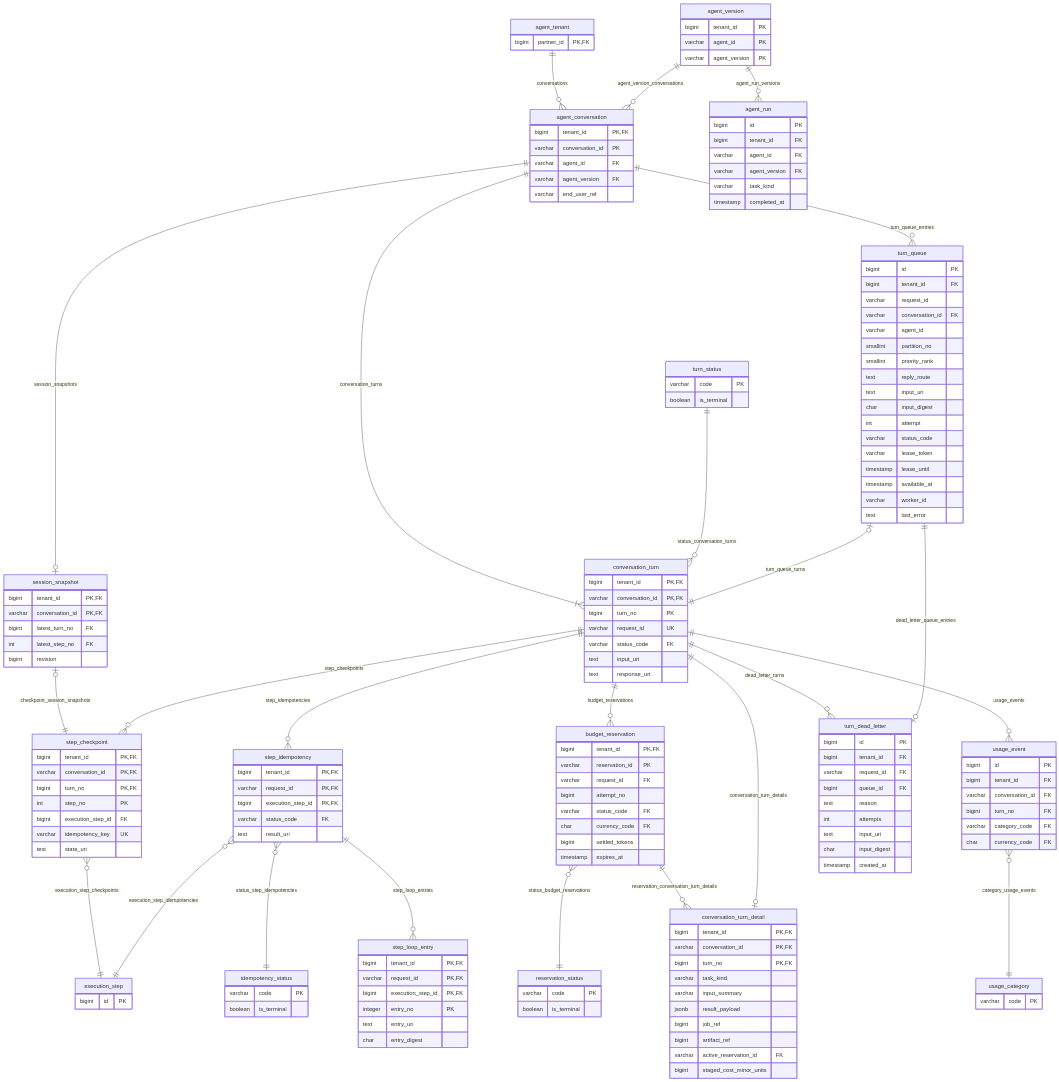
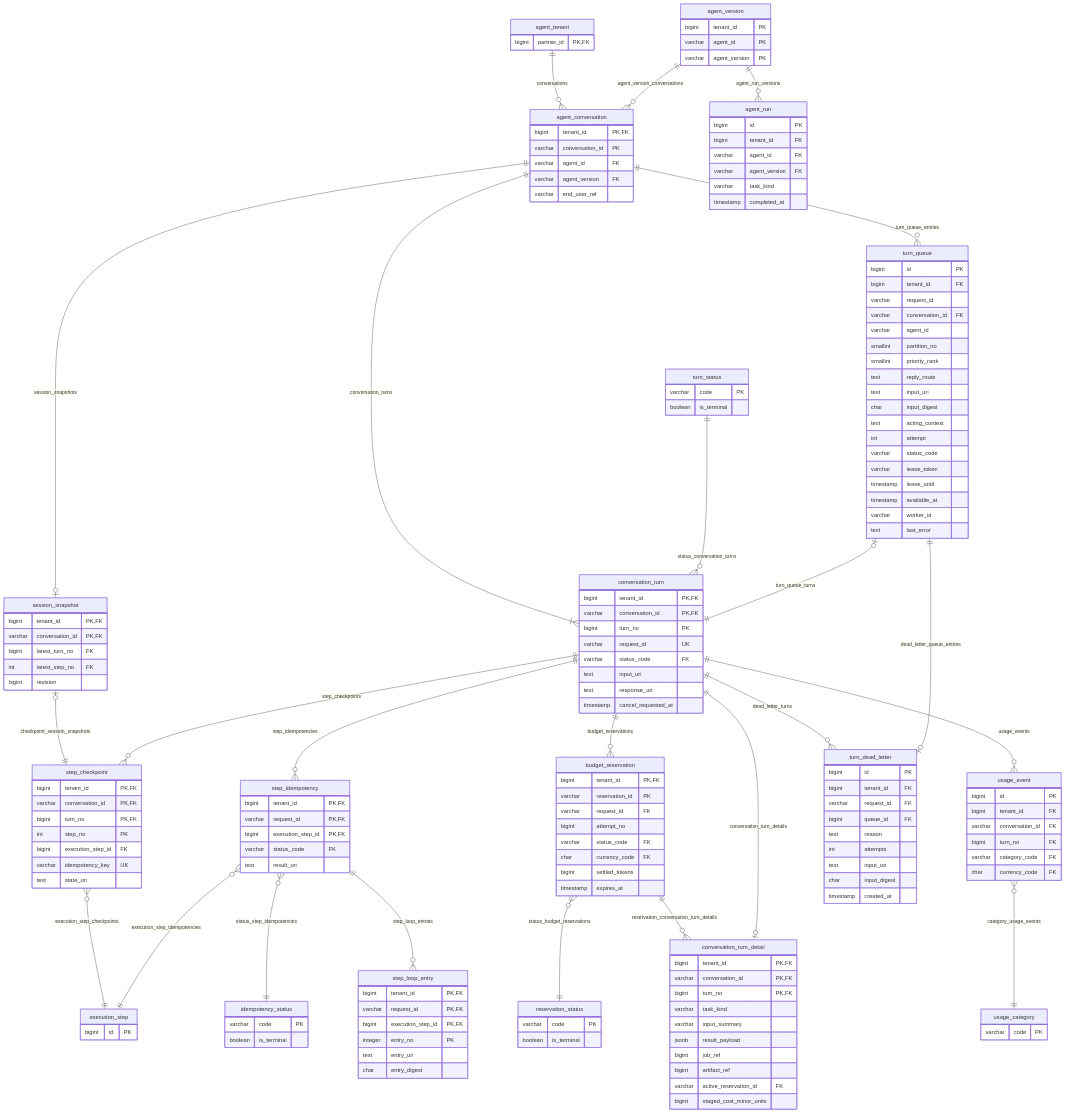
One commit to nauticana/scout changed diagram 13 of 16 in doc/database.md. Above: the diagram before and after it, drawn with Mermaid. The commit also changed other lines of this file and 119 other files, not shown here.

Commit message:
tenant runtime policy writer, verified effects, prompts on the scope engine (studio-v2), one decision record per decision, per-principal concurrency and budgets, cross-process replies and cancellation, acting principal through the queue; charter v1.2.0, keel v1.2.68

```diff
--- a/doc/database.md
+++ b/doc/database.md
@@ -1127,6 +1107,7 @@
         varchar status_code FK
         text input_uri
         text response_uri
+        timestamp cancel_requested_at
     }
     turn_status {
         varchar code PK
@@ -1223,6 +1204,7 @@
         text reply_route
         text input_uri
         char input_digest
+        text acting_context
         int attempt
         varchar status_code
         varchar lease_token
```
